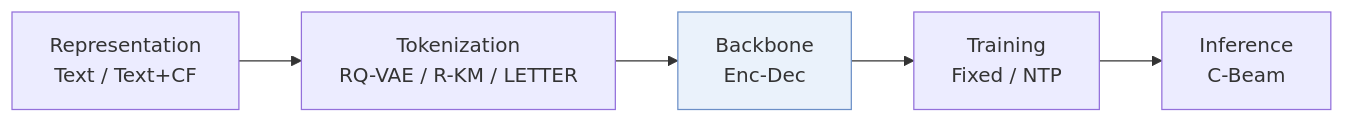
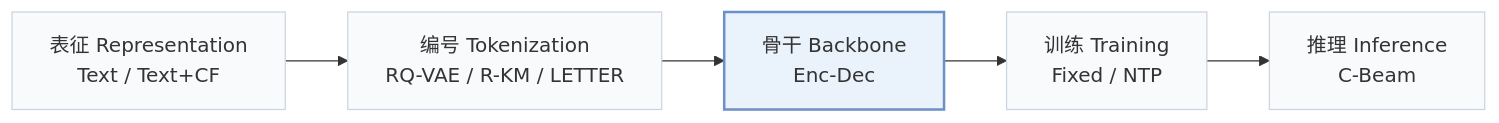
One commit to Galaxy-ghost/Awesome-SID-Generative-Rec changed the first of 2 diagrams in pages/zh/papers/lessrec.md. Above: the diagram before and after it, drawn with Mermaid. The commit also changed other lines of this file and 649 other files, not shown here.

Commit message:
writer-05: also tags and modality index (schema, check, build, visuals); summary field removed; calibration data for 12 papers

````diff
--- a/pages/zh/papers/lessrec.md
+++ b/pages/zh/papers/lessrec.md
@@ -13,6 +15,8 @@
 ```mermaid
 flowchart LR
-    R["Representation<br/>Text / Text+CF"] --> T["Tokenization<br/>RQ-VAE / R-KM / LETTER"] --> B["Backbone<br/>Enc-Dec"] --> TR["Training<br/>Fixed / NTP"] --> I["Inference<br/>C-Beam"]
-    classDef main fill:#eaf2fb,stroke:#6b8fc7
+    R["表征 Representation<br/>Text / Text+CF"] --> T["编号 Tokenization<br/>RQ-VAE / R-KM / LETTER"] --> B["骨干 Backbone<br/>Enc-Dec"] --> TR["训练 Training<br/>Fixed / NTP"] --> I["推理 Inference<br/>C-Beam"]
+    classDef base fill:#f8fafc,stroke:#cbd5e1
+    class R,T,B,TR,I base
+    classDef main fill:#eaf2fb,stroke:#6b8fc7,stroke-width:2px
     class B main
 ```
````
